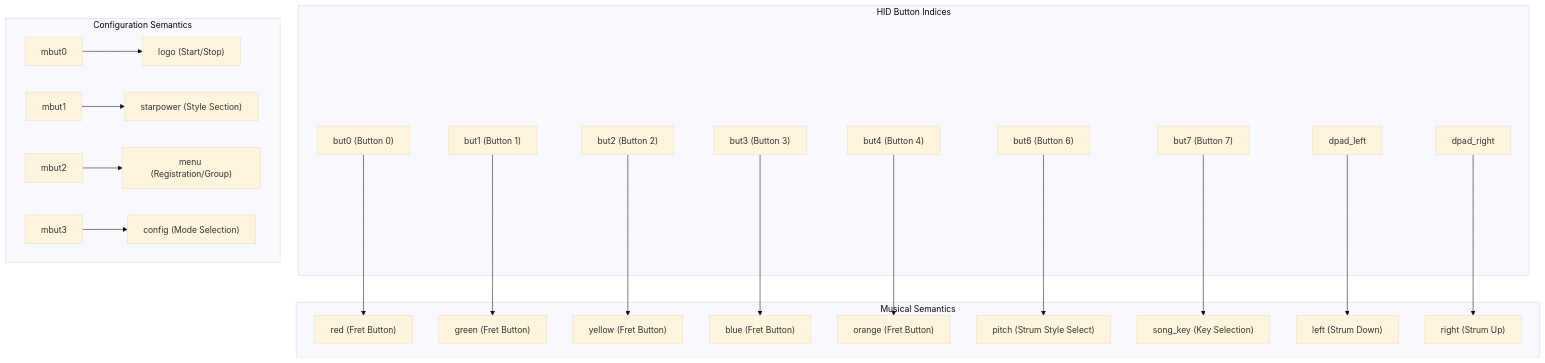
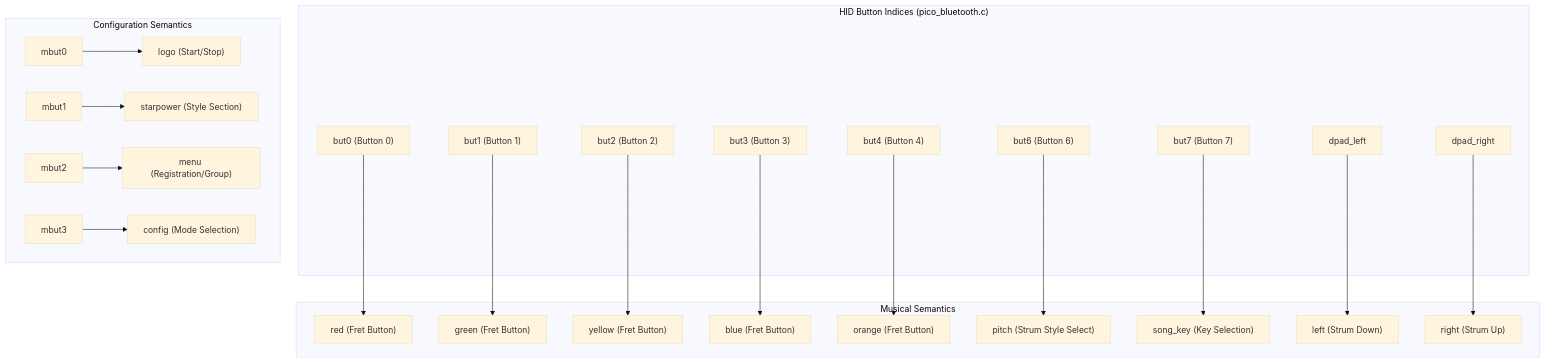
One commit to Jus-Be/orinayo-pico changed the second of 6 diagrams in wiki/4.2-hid-to-midi-translation.md. Above: the diagram before and after it, drawn with Mermaid (base theme). The commit also changed other lines of this file and 42 other files, not shown here.

````diff
--- a/wiki/4.2-hid-to-midi-translation.md
+++ b/wiki/4.2-hid-to-midi-translation.md
@@ -109,79 +119,79 @@
 ```mermaid
 flowchart TD
 
 mbut0["mbut0"]
 logo["logo (Start/Stop)"]
 mbut1["mbut1"]
-star["starpower (Style Section)"]
+starpower["starpower (Style Section)"]
 mbut2["mbut2"]
 menu["menu (Registration/Group)"]
 mbut3["mbut3"]
 config["config (Mode Selection)"]
 but0["but0 (Button 0)"]
 but1["but1 (Button 1)"]
 but2["but2 (Button 2)"]
 but3["but3 (Button 3)"]
 but4["but4 (Button 4)"]
 but6["but6 (Button 6)"]
 but7["but7 (Button 7)"]
 dpadL["dpad_left"]
 dpadR["dpad_right"]
 red["red (Fret Button)"]
 green["green (Fret Button)"]
 yellow["yellow (Fret Button)"]
 blue["blue (Fret Button)"]
 orange["orange (Fret Button)"]
 pitch["pitch (Strum Style Select)"]
 songkey["song_key (Key Selection)"]
 left["left (Strum Down)"]
 right["right (Strum Up)"]
 
 but0 --> red
 but1 --> green
 but2 --> yellow
 but3 --> blue
 but4 --> orange
 but6 --> pitch
 but7 --> songkey
 dpadL --> left
 dpadR --> right
 
 subgraph subGraph1 ["Musical Semantics"]
     red
     green
     yellow
     blue
     orange
     pitch
     songkey
     left
     right
 end
 
-subgraph subGraph0 ["HID Button Indices"]
+subgraph subGraph0 ["HID Button Indices (pico_bluetooth.c)"]
     but0
     but1
     but2
     but3
     but4
     but6
     but7
     dpadL
     dpadR
 end
 
 subgraph subGraph2 ["Configuration Semantics"]
     mbut0
     logo
     mbut1
-    star
+    starpower
     mbut2
     menu
     mbut3
     config
     mbut0 --> logo
-    mbut1 --> star
+    mbut1 --> starpower
     mbut2 --> menu
     mbut3 --> config
 end
 ```
````
